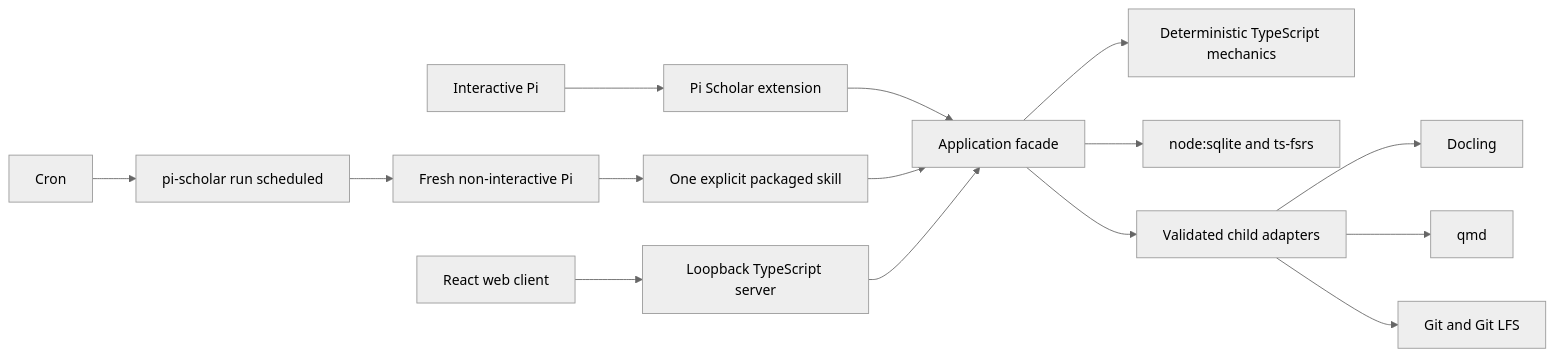
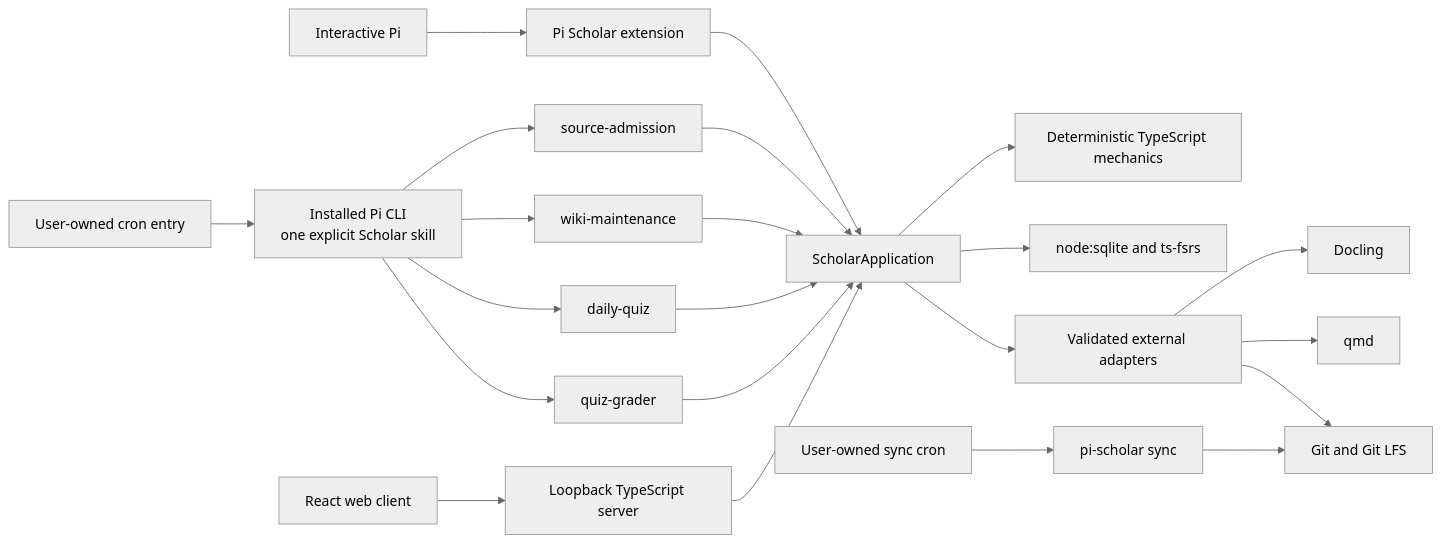
Before and after one commit to N-F9/pi-scholar: the second of 2 diagrams in pi-scholar.md, drawn with Mermaid (neutral theme). The commit also changed other lines of this file and 45 other files, not shown here.

````diff
--- a/pi-scholar.md
+++ b/pi-scholar.md
@@ -253,17 +268,24 @@
 ```mermaid
 flowchart LR
     Interactive[Interactive Pi] --> Extension[Pi Scholar extension]
-    Cron[Cron] --> Scheduled[pi-scholar run scheduled]
-    Scheduled --> Child[Fresh non-interactive Pi]
-    Child --> Skill[One explicit packaged skill]
+    Cron[User-owned cron entry] --> Pi[Installed Pi CLI\none explicit Scholar skill]
+    Pi --> Admission[source-admission]
+    Pi --> Maintenance[wiki-maintenance]
+    Pi --> Quiz[daily-quiz]
+    Pi --> Grader[quiz-grader]
     Web[React web client] --> Server[Loopback TypeScript server]
-    Extension --> App[Application facade]
-    Skill --> App
+    Extension --> App[ScholarApplication]
+    Admission --> App
+    Maintenance --> App
+    Quiz --> App
+    Grader --> App
     Server --> App
     App --> Mechanics[Deterministic TypeScript mechanics]
     App --> SQLite[node:sqlite and ts-fsrs]
-    App --> External[Validated child adapters]
+    App --> External[Validated external adapters]
     External --> Docling[Docling]
     External --> Qmd[qmd]
     External --> Git[Git and Git LFS]
+    SyncCron[User-owned sync cron] --> Sync[pi-scholar sync]
+    Sync --> Git
 ```
````
